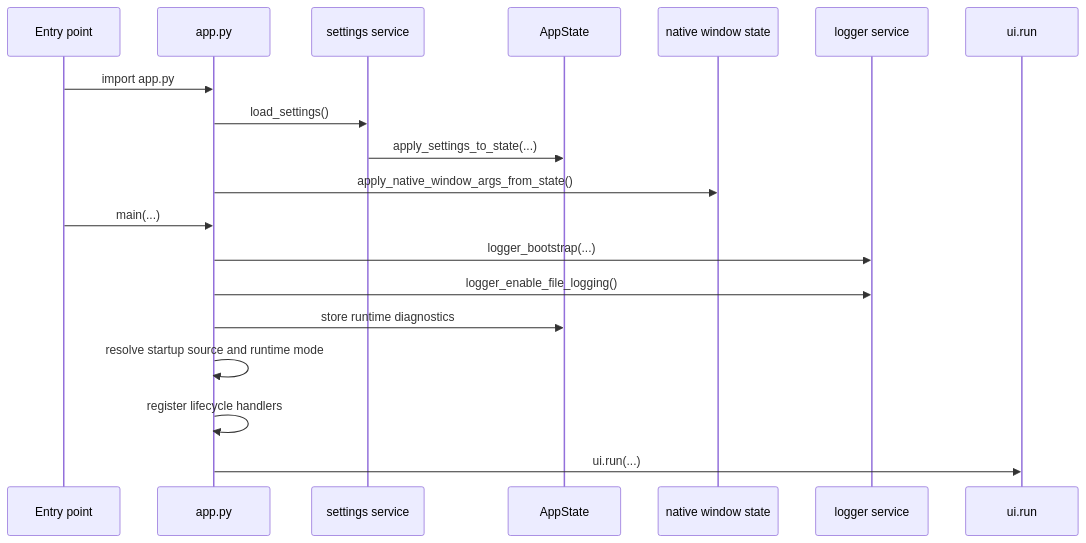
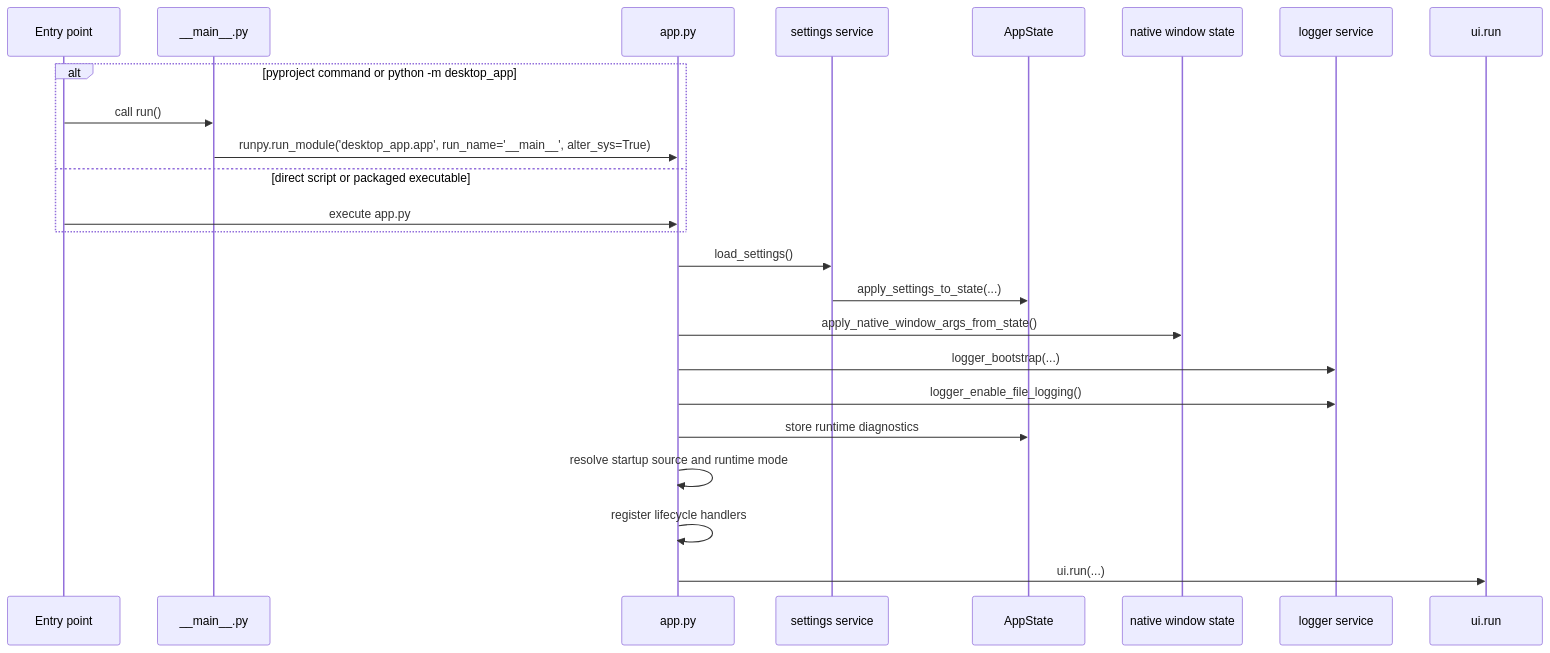
One commit to Fonze81/NiceGui-Windows-Base changed the diagram in docs/execution_modes.md. Above: the diagram before and after it, drawn with Mermaid. The commit also changed other lines of this file and 40 other files, not shown here.

````diff
--- a/docs/execution_modes.md
+++ b/docs/execution_modes.md
@@ -49,22 +49,27 @@
 ```mermaid
 sequenceDiagram
     participant Entry as Entry point
+    participant MainModule as __main__.py
     participant App as app.py
     participant Settings as settings service
     participant State as AppState
     participant Native as native window state
     participant Logger as logger service
     participant NiceGUI as ui.run
 
-    Entry->>App: import app.py
+    alt pyproject command or python -m desktop_app
+        Entry->>MainModule: call run()
+        MainModule->>App: runpy.run_module('desktop_app.app', run_name='__main__', alter_sys=True)
+    else direct script or packaged executable
+        Entry->>App: execute app.py
+    end
     App->>Settings: load_settings()
     Settings->>State: apply_settings_to_state(...)
     App->>Native: apply_native_window_args_from_state()
-    Entry->>App: main(...)
     App->>Logger: logger_bootstrap(...)
     App->>Logger: logger_enable_file_logging()
     App->>State: store runtime diagnostics
     App->>App: resolve startup source and runtime mode
     App->>App: register lifecycle handlers
     App->>NiceGUI: ui.run(...)
 ```
````
